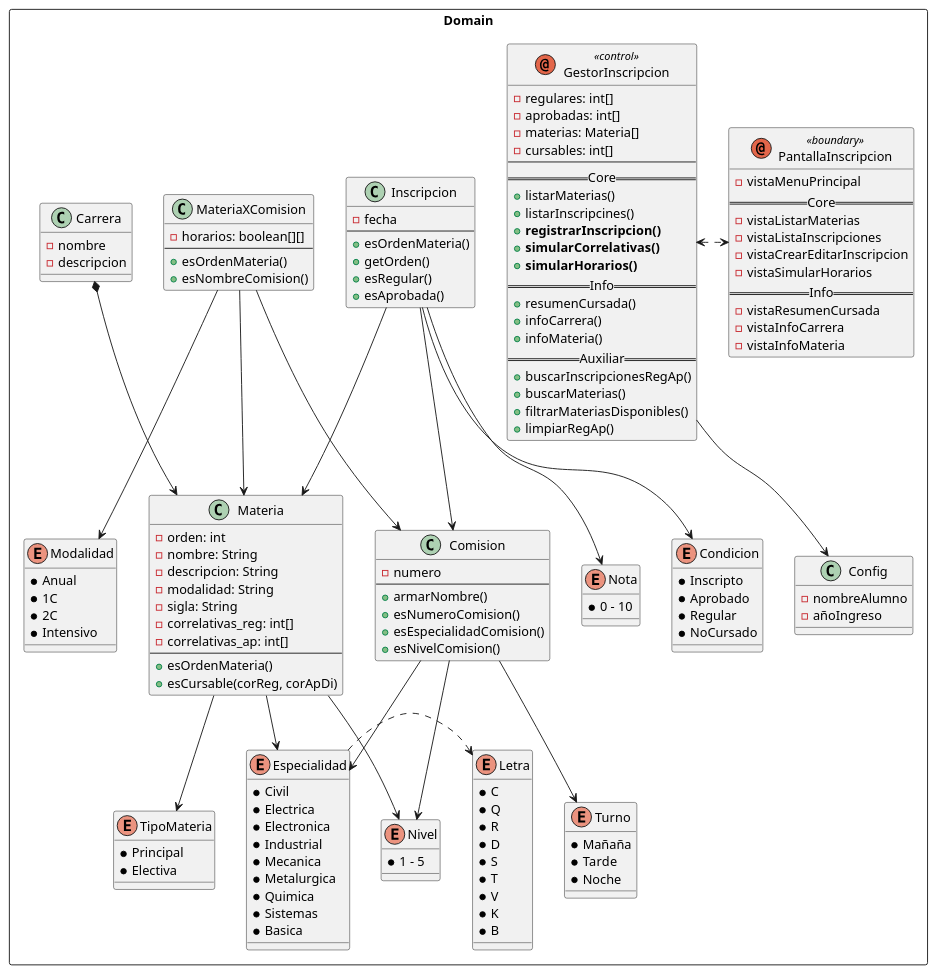
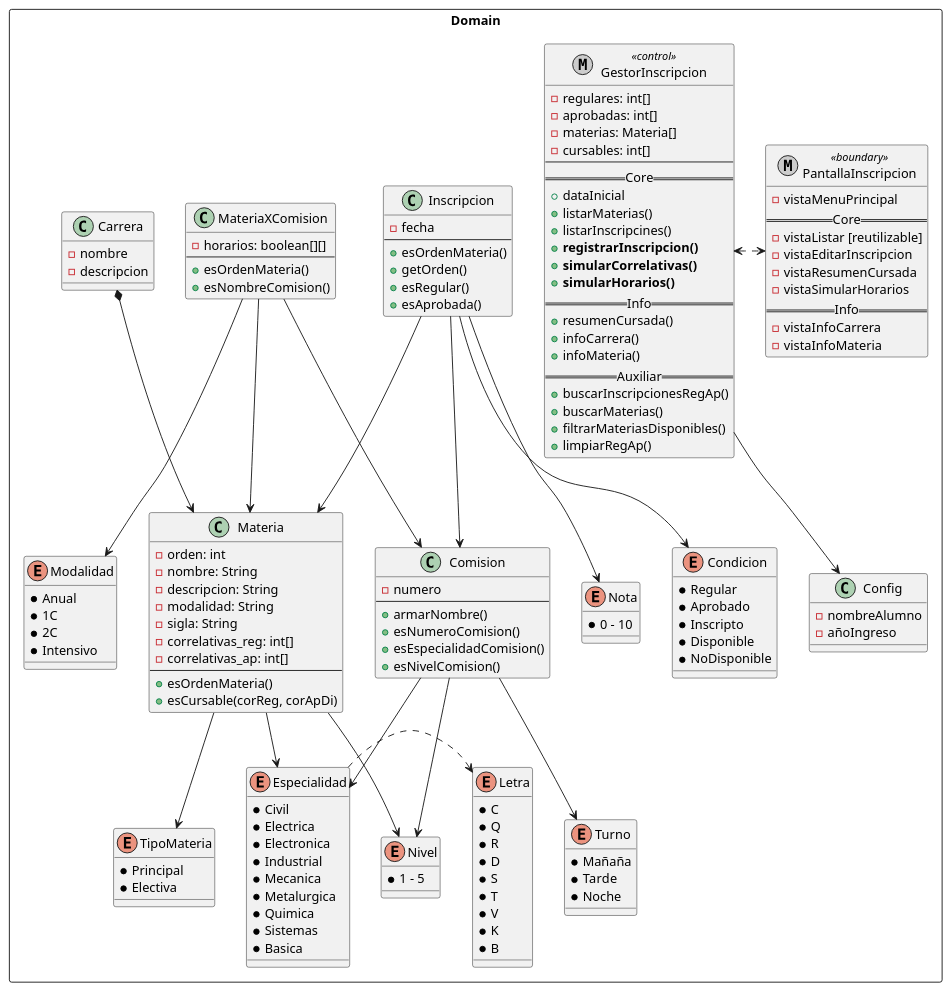
Before and after one commit to EmilianoM7/UTN_EZ: the diagram in Doc/UTNEZ_ClassDomain.puml, drawn with PlantUML. The commit also changed 18 other files, not shown here.

Commit message:
diseño UI pulido, creado descripcion del Backend-Frontend para gepeto, comenzado a detallar dinamicaUI, pendiente: secuencia Gestor.listar(), mas lo de ayer

```diff
--- a/Doc/UTNEZ_ClassDomain.puml
+++ b/Doc/UTNEZ_ClassDomain.puml
@@ -1,172 +1,173 @@
 @startuml
 
 rectangle Domain{
-    annotation GestorInscripcion <<control>>{
+    metaclass GestorInscripcion <<control>>{
         - regulares: int[]
         - aprobadas: int[]
         - materias: Materia[]
         - cursables: int[]
         --
         ==Core==
+        + dataInicial
         + listarMaterias()
         + listarInscripcines()
         + <b>registrarInscripcion()
         + <b>simularCorrelativas()
         + <b>simularHorarios()
         ==Info==
         + resumenCursada()
         + infoCarrera()
         + infoMateria()
         ==Auxiliar==
         + buscarInscripcionesRegAp()
         + buscarMaterias()
         + filtrarMateriasDisponibles()
         + limpiarRegAp()
     }
 
-    annotation PantallaInscripcion <<boundary>>{
+    metaclass PantallaInscripcion <<boundary>>{
         - vistaMenuPrincipal
         ==Core==
-        - vistaListarMaterias
-        - vistaListaInscripciones
-        - vistaCrearEditarInscripcion
+        - vistaListar [reutilizable]
+        - vistaEditarInscripcion
+        - vistaResumenCursada
         - vistaSimularHorarios
         ==Info==
-        - vistaResumenCursada
         - vistaInfoCarrera
         - vistaInfoMateria
     }
 
     class Inscripcion{
         - fecha
         --
         + esOrdenMateria()
         + getOrden()
         + esRegular()
         + esAprobada()
     }
 
     class MateriaXComision{
         - horarios: boolean[][]
         --
         + esOrdenMateria()
         + esNombreComision()
     }
 
     class Carrera {
         - nombre
         - descripcion
     }
 
     class Config {
         - nombreAlumno
         - añoIngreso
     }
 
     class Materia {
         - orden: int
         - nombre: String
         - descripcion: String
         - modalidad: String
         - sigla: String
         - correlativas_reg: int[]
         - correlativas_ap: int[]
         --
         + esOrdenMateria()
         + esCursable(corReg, corApDi)
     }
 
     class Comision{
         - numero
         --
         + armarNombre()
         + esNumeroComision()
         + esEspecialidadComision()
         + esNivelComision()
     }
 
     enum Nota{
         * 0 - 10
     }
 
     enum Condicion{
+        * Regular
+        * Aprobado
         * Inscripto
-        * Aprobado
-        * Regular
-        * NoCursado
+        * Disponible
+        * NoDisponible
     }
 
     enum TipoMateria{
         * Principal
         * Electiva
     }
 
     enum Especialidad{
         * Civil
         * Electrica
         * Electronica
         * Industrial
         * Mecanica
         * Metalurgica
         * Quimica
         * Sistemas
         * Basica
     }
 
     enum Letra{
         * C
         * Q
         * R
         * D
         * S
         * T
         * V
         * K
         * B
     }
 
     enum Turno {
         * Mañaña
         * Tarde
         * Noche
     }
 
     enum Modalidad {
         * Anual
         * 1C
         * 2C
         * Intensivo
     }
 
     enum Nivel{
         * 1 - 5
     }
 
     GestorInscripcion --> Config
 
     GestorInscripcion <.> PantallaInscripcion
 
     Carrera *--> Materia
     'Carrera --> Especialidad
 
     Materia --> Especialidad
     Materia --> Nivel
     Materia --> TipoMateria
 
     Especialidad .> Letra
 
     Inscripcion --> Comision
     Inscripcion --> Condicion
     Inscripcion --> Nota
     Inscripcion --> Materia
 
     MateriaXComision --> Materia
     MateriaXComision --> Comision
     MateriaXComision --> Modalidad
 
     Comision --> Turno
     Comision --> Especialidad
     Comision --> Nivel
 }
 
 @enduml
```
